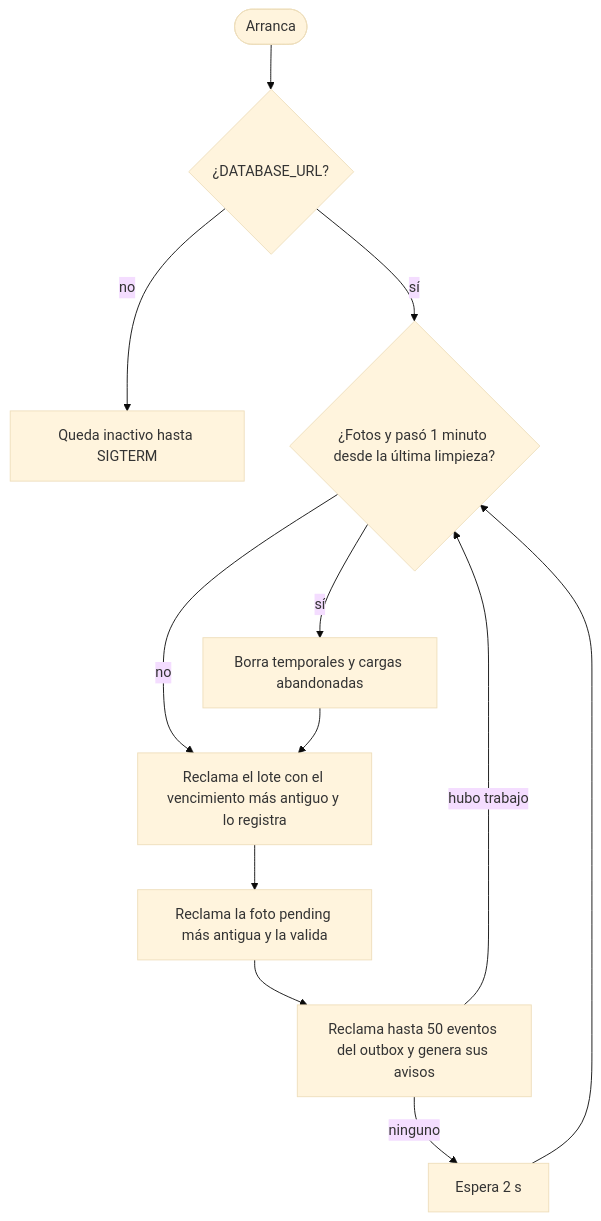
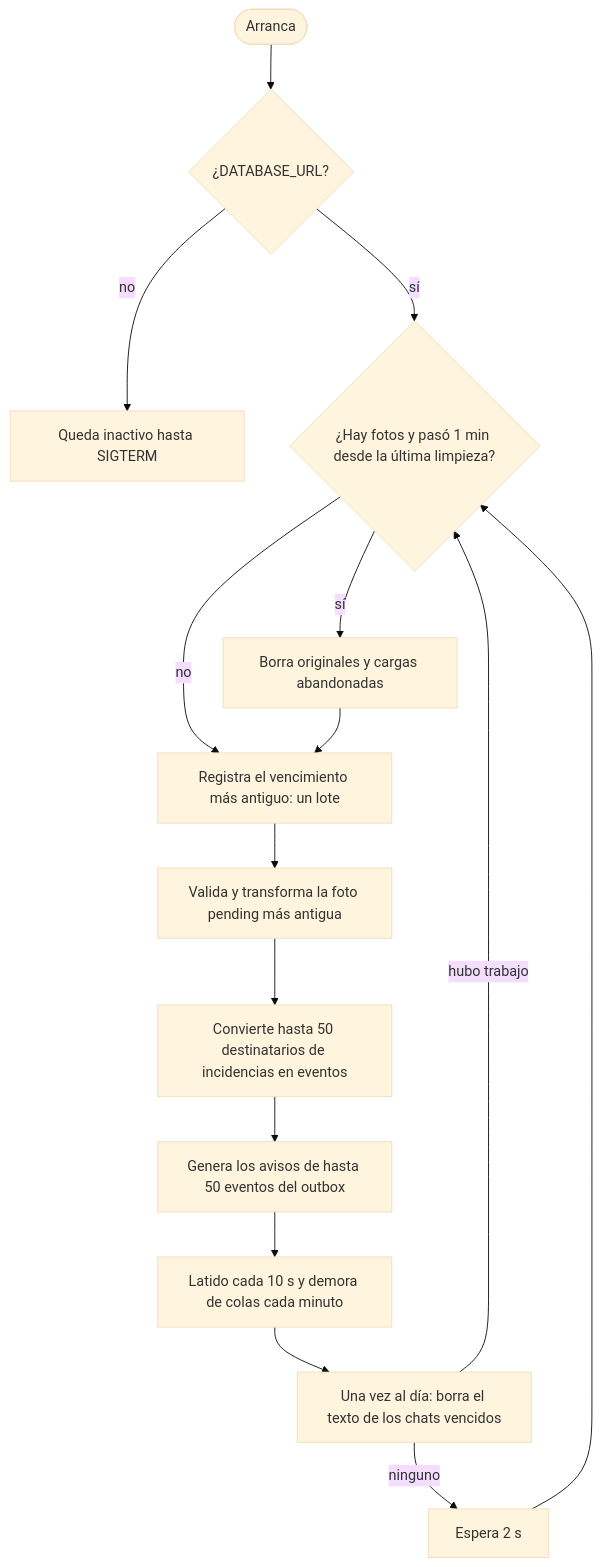
The fourth of 4 diagrams in docs/arquitectura/arquitectura.md (ClemoAcevedo/rescate), drawn with Mermaid (base theme) before and after one commit. The commit also changed other lines of this file and 10 other files, not shown here.

````diff
--- a/docs/arquitectura/arquitectura.md
+++ b/docs/arquitectura/arquitectura.md
@@ -126,13 +198,16 @@
 ```mermaid
 flowchart TD
   inicio([Arranca]) --> config{¿DATABASE_URL?}
   config -- no --> inactivo[Queda inactivo hasta SIGTERM]
-  config -- sí --> limpieza{¿Fotos y pasó 1 minuto desde la última limpieza?}
-  limpieza -- sí --> limpiar[Borra temporales y cargas abandonadas]
+  config -- sí --> limpieza{¿Hay fotos y pasó 1 min desde la última limpieza?}
+  limpieza -- sí --> limpiar[Borra originales y cargas abandonadas]
   limpieza -- no --> vencer
-  limpiar --> vencer[Reclama el lote con el vencimiento más antiguo y lo registra]
-  vencer --> foto[Reclama la foto pending más antigua y la valida]
-  foto --> avisos[Reclama hasta 50 eventos del outbox y genera sus avisos]
-  avisos -- hubo trabajo --> limpieza
-  avisos -- ninguno --> espera[Espera 2 s] --> limpieza
+  limpiar --> vencer[Registra el vencimiento más antiguo: un lote]
+  vencer --> foto[Valida y transforma la foto pending más antigua]
+  foto --> incidencias[Convierte hasta 50 destinatarios de incidencias en eventos]
+  incidencias --> avisos[Genera los avisos de hasta 50 eventos del outbox]
+  avisos --> latido[Latido cada 10 s y demora de colas cada minuto]
+  latido --> chat[Una vez al día: borra el texto de los chats vencidos]
+  chat -- hubo trabajo --> limpieza
+  chat -- ninguno --> espera[Espera 2 s] --> limpieza
 ```
````
